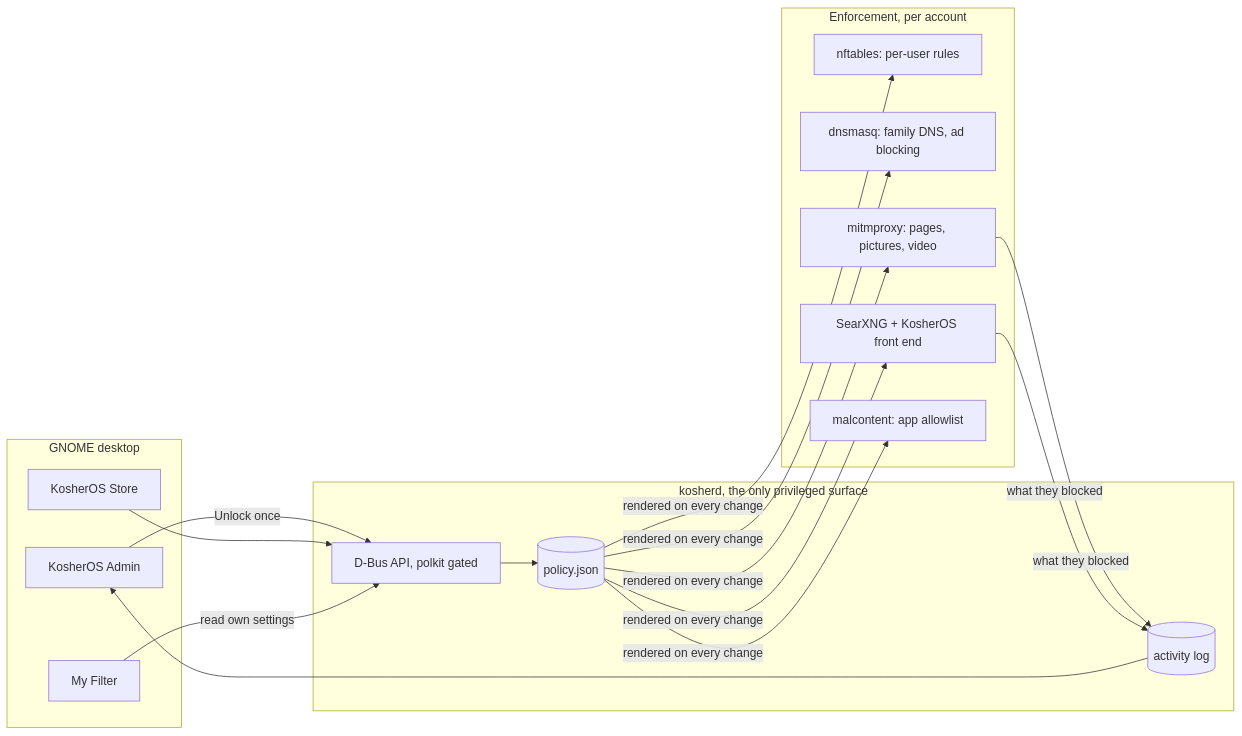
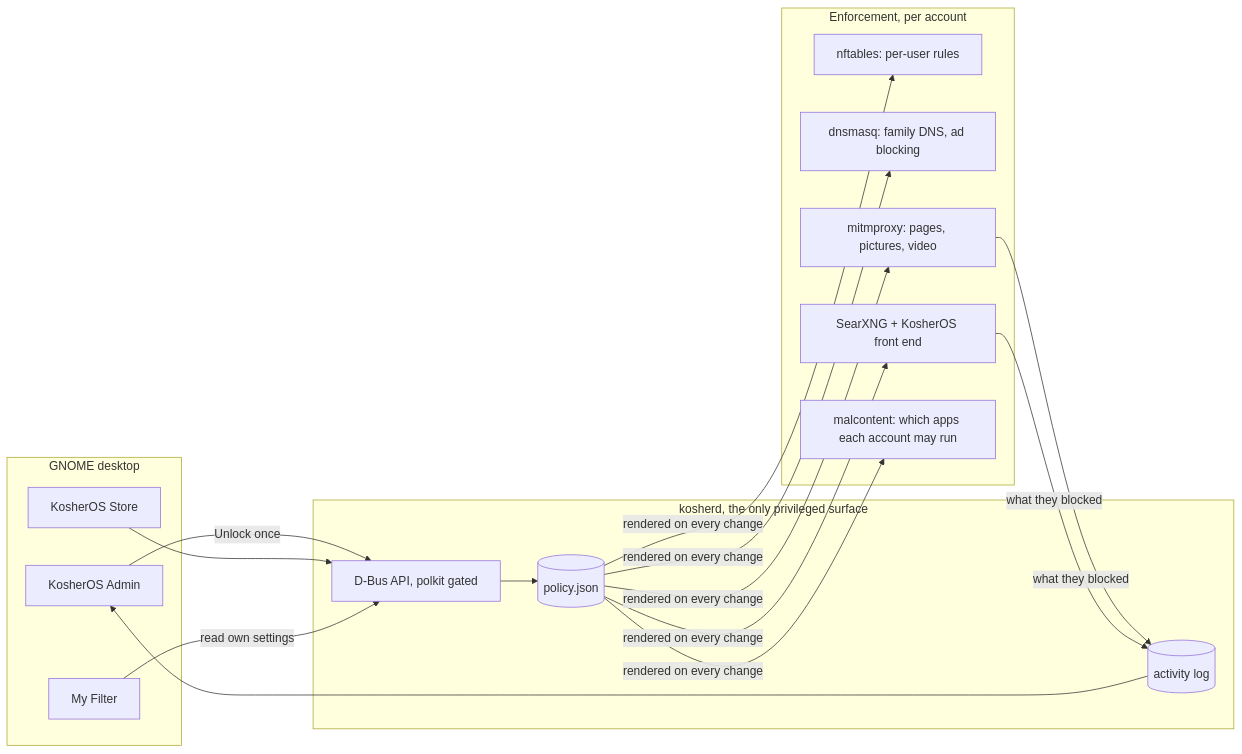
Before and after one commit to aareman/KosherOS: the diagram in docs/overview.md, drawn with Mermaid. The commit also changed other lines of this file and 15 other files, not shown here.

First line of the commit message:
feat(apps): the Store shows each account its store; the admin blocks by kind or by app

````diff
--- a/docs/overview.md
+++ b/docs/overview.md
@@ -129,27 +134,27 @@
 ```mermaid
 flowchart LR
     subgraph desktop [GNOME desktop]
         Admin[KosherOS Admin]
         Store[KosherOS Store]
         MyFilter[My Filter]
     end
     subgraph daemon [kosherd, the only privileged surface]
         DBus[D-Bus API, polkit gated]
         Policy[(policy.json)]
         Activity[(activity log)]
     end
     subgraph enforcement [Enforcement, per account]
         NFT[nftables: per-user rules]
         DNS[dnsmasq: family DNS, ad blocking]
         Proxy[mitmproxy: pages, pictures, video]
         Search[SearXNG + KosherOS front end]
-        MCT[malcontent: app allowlist]
+        MCT[malcontent: which apps each account may run]
     end
     Admin -->|Unlock once| DBus
     Store --> DBus
     MyFilter -->|read own settings| DBus
     DBus --> Policy
     Policy -->|rendered on every change| NFT & DNS & Proxy & Search & MCT
     Proxy & Search -->|what they blocked| Activity
     Activity --> Admin
 ```
````
